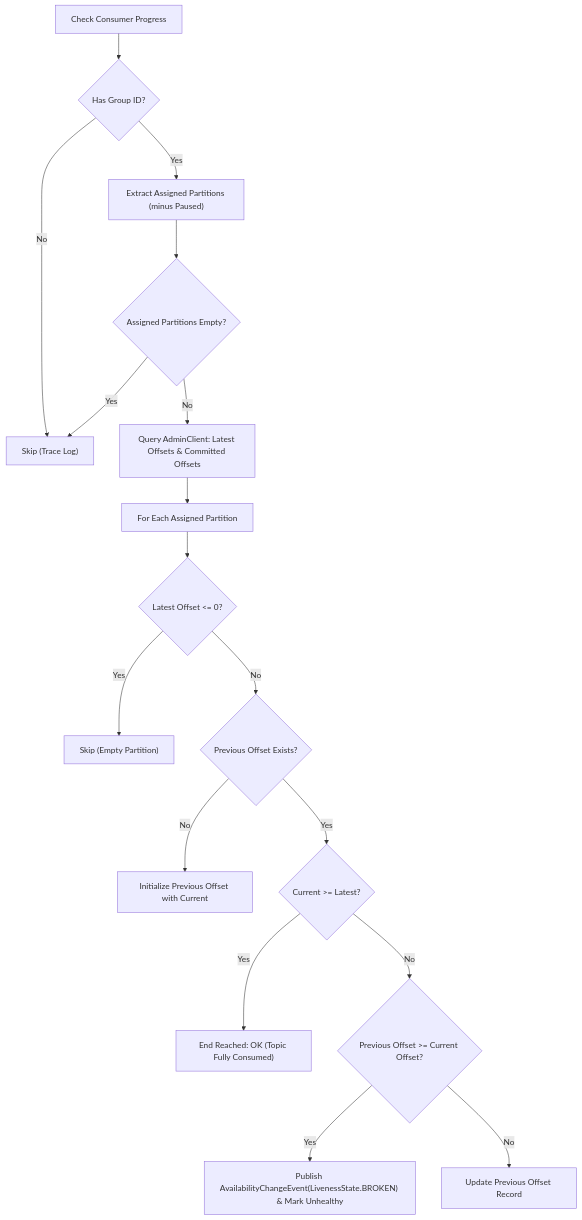
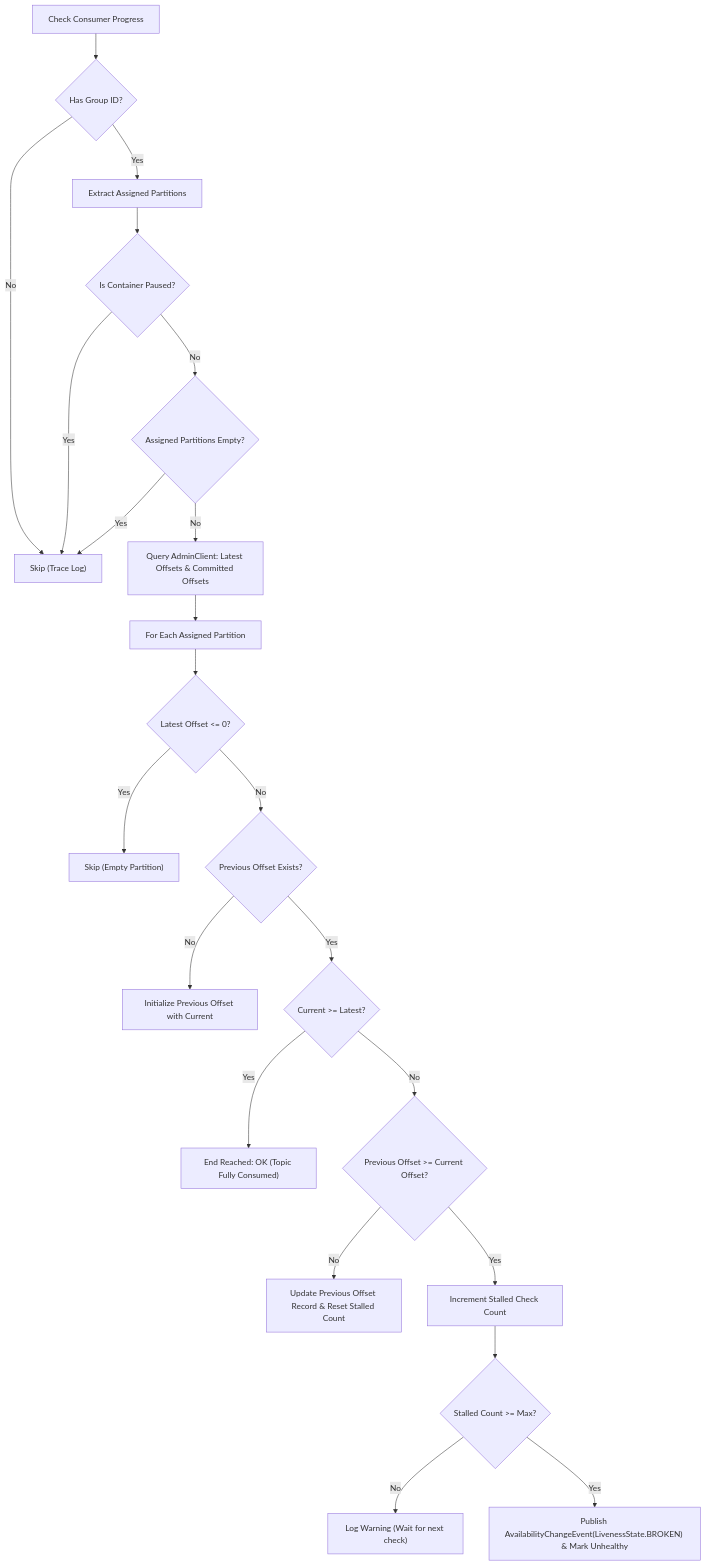
One commit to vfem/spring-liveness-indicators changed the diagram in docs/core-components.md. Above: the diagram before and after it, drawn with Mermaid. The commit also changed other lines of this file and 7 other files, not shown here.

First line of the commit message:
Fix thread-safety and false positives in offset liveness checks

````diff
--- a/docs/core-components.md
+++ b/docs/core-components.md
@@ -55,19 +54,24 @@
 ```mermaid
 flowchart TD
     Start["Check Consumer Progress"] --> GetGroup{"Has Group ID?"}
     GetGroup -- No --> Skip["Skip (Trace Log)"]
-    GetGroup -- Yes --> GetPartitions["Extract Assigned Partitions (minus Paused)"]
-    GetPartitions --> EmptyCheck{"Assigned Partitions Empty?"}
+    GetGroup -- Yes --> GetPartitions["Extract Assigned Partitions"]
+    GetPartitions --> PausedCheck{"Is Container Paused?"}
+    PausedCheck -- Yes --> Skip
+    PausedCheck -- No --> EmptyCheck{"Assigned Partitions Empty?"}
     EmptyCheck -- Yes --> Skip
     EmptyCheck -- No --> QueryAdmin["Query AdminClient: Latest Offsets & Committed Offsets"]
     QueryAdmin --> ForEachPartition["For Each Assigned Partition"]
     ForEachPartition --> CheckLatest{"Latest Offset <= 0?"}
     CheckLatest -- Yes --> NextPart["Skip (Empty Partition)"]
     CheckLatest -- No --> CheckPrev{"Previous Offset Exists?"}
     CheckPrev -- No --> InitPrev["Initialize Previous Offset with Current"]
     CheckPrev -- Yes --> CheckEnd{"Current >= Latest?"}
     CheckEnd -- Yes --> EndReached["End Reached: OK (Topic Fully Consumed)"]
     CheckEnd -- No --> CompareOffsets{"Previous Offset >= Current Offset?"}
-    CompareOffsets -- Yes --> TriggerBroken["Publish AvailabilityChangeEvent(LivenessState.BROKEN) & Mark Unhealthy"]
-    CompareOffsets -- No --> UpdatePrev["Update Previous Offset Record"]
+    CompareOffsets -- No --> UpdatePrev["Update Previous Offset Record & Reset Stalled Count"]
+    CompareOffsets -- Yes --> IncrementStalled["Increment Stalled Check Count"]
+    IncrementStalled --> CheckStalledCount{"Stalled Count >= Max?"}
+    CheckStalledCount -- No --> LogWarning["Log Warning (Wait for next check)"]
+    CheckStalledCount -- Yes --> TriggerBroken["Publish AvailabilityChangeEvent(LivenessState.BROKEN) & Mark Unhealthy"]
 ```
````
